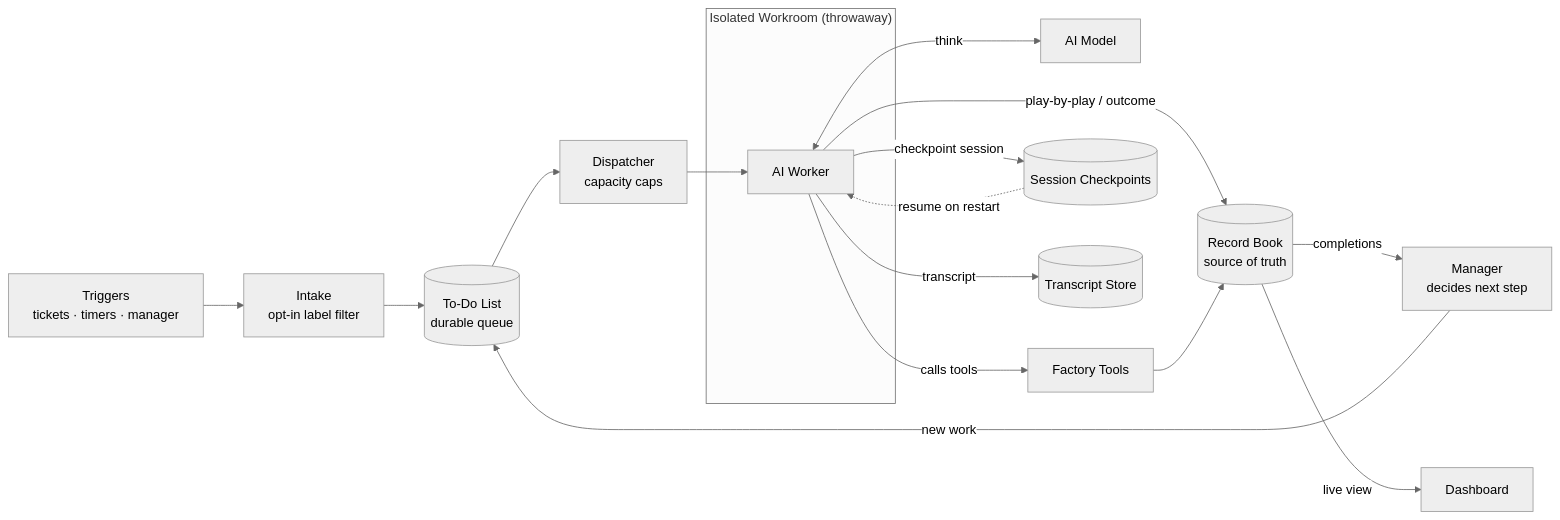
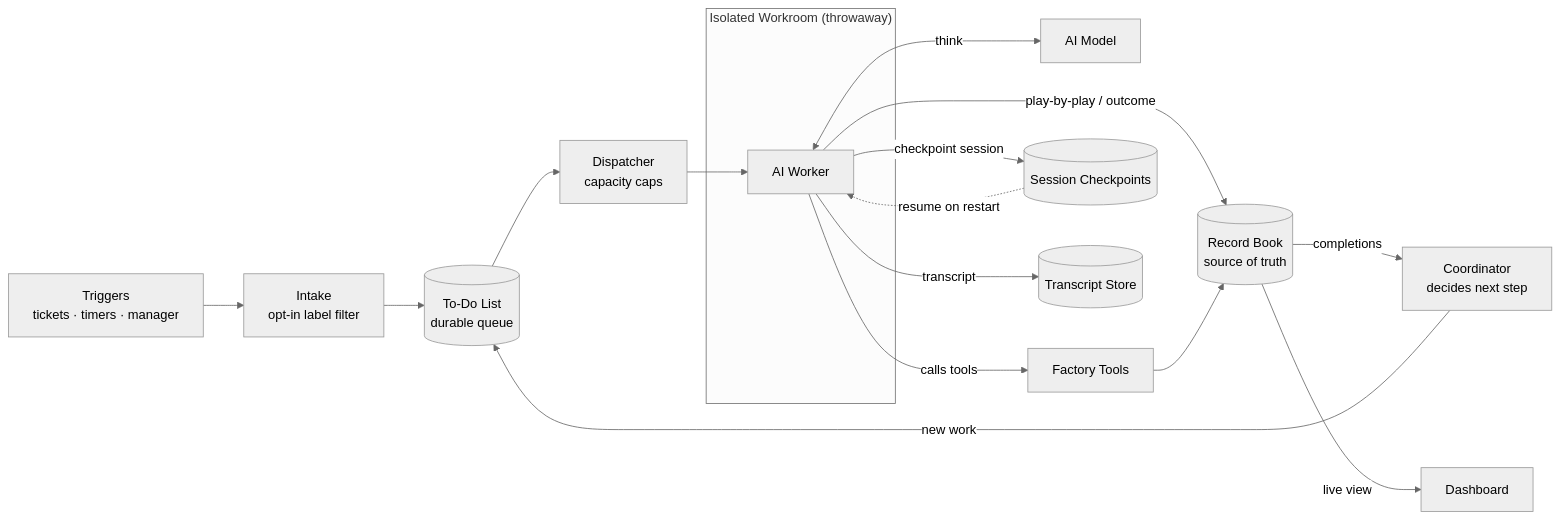
The diagram in docs/factory-product-spec.md (prezaei/simplefactory), drawn with Mermaid (neutral theme) before and after one commit. The commit also changed other lines of this file and 2 other files, not shown here.

First line of the commit message:
docs: P4.5 per-role worker lifecycle + Coordinator/Manager disambiguation (#14)

````diff
--- a/docs/factory-product-spec.md
+++ b/docs/factory-product-spec.md
@@ -98,20 +98,20 @@
 ```mermaid
 flowchart LR
     T["Triggers<br/>tickets · timers · manager"] --> I["Intake<br/>opt-in label filter"]
     I --> Q[("To-Do List<br/>durable queue")]
     Q --> D["Dispatcher<br/>capacity caps"]
     D --> A
     subgraph Workroom["Isolated Workroom (throwaway)"]
       A["AI Worker"]
     end
     A <-->|think| M["AI Model"]
     A -->|calls tools| TA["Factory Tools"]
     A -->|checkpoint session| CP[("Session Checkpoints")]
     CP -.->|resume on restart| A
     A -->|transcript| AR[("Transcript Store")]
     A -->|play-by-play / outcome| R[("Record Book<br/>source of truth")]
     TA --> R
-    R -->|completions| MG["Manager<br/>decides next step"]
+    R -->|completions| MG["Coordinator<br/>decides next step"]
     MG -->|new work| Q
     R -->|live view| DB["Dashboard"]
 ```
````
